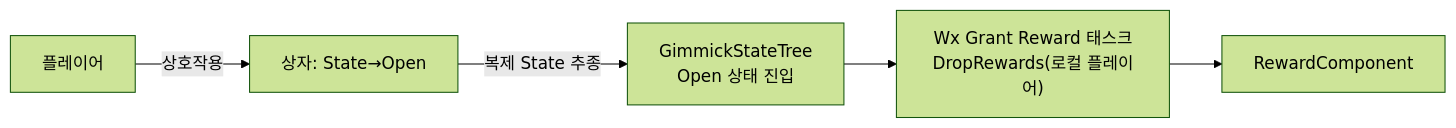
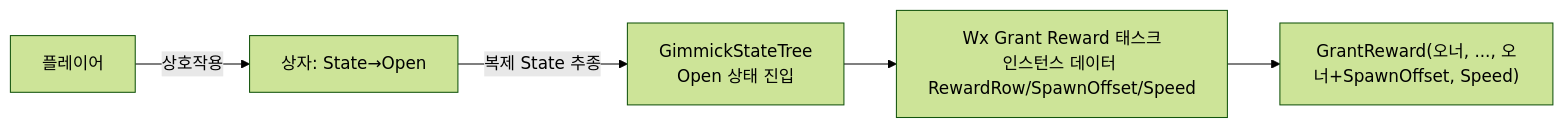
The third of 3 diagrams in Docs/Programmer/Reward_Grant_Flow.md (Woogl/ProjectWx), drawn with Mermaid (forest theme) before and after one commit. The commit also changed other lines of this file and 13 other files, not shown here.

First line of the commit message:
WxRewardComponent 제거 및 서버 권위 RewardLibrary BFL로 전환

````diff
--- a/Docs/Programmer/Reward_Grant_Flow.md
+++ b/Docs/Programmer/Reward_Grant_Flow.md
@@ -124,7 +124,7 @@
 ```mermaid
 flowchart LR
     Player["플레이어"] -->|상호작용| Chest["상자: State→Open"]
     Chest -->|복제 State 추종| ST["GimmickStateTree<br/>Open 상태 진입"]
-    ST --> Task["Wx Grant Reward 태스크<br/>DropRewards(로컬 플레이어)"]
-    Task --> RC["RewardComponent"]
+    ST --> Task["Wx Grant Reward 태스크<br/>인스턴스 데이터 RewardRow/SpawnOffset/Speed"]
+    Task --> L["GrantReward(오너, ..., 오너+SpawnOffset, Speed)"]
 ```
````
